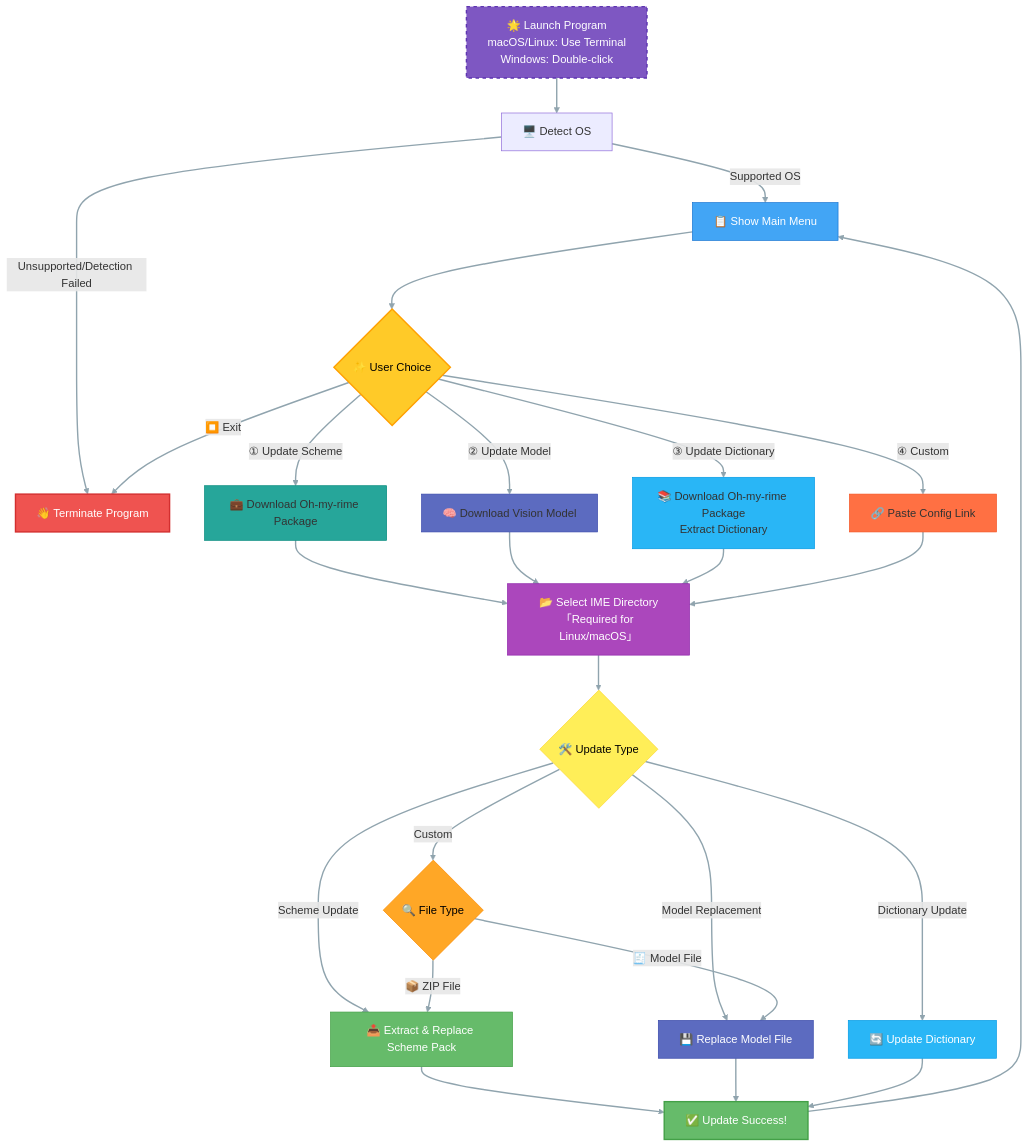
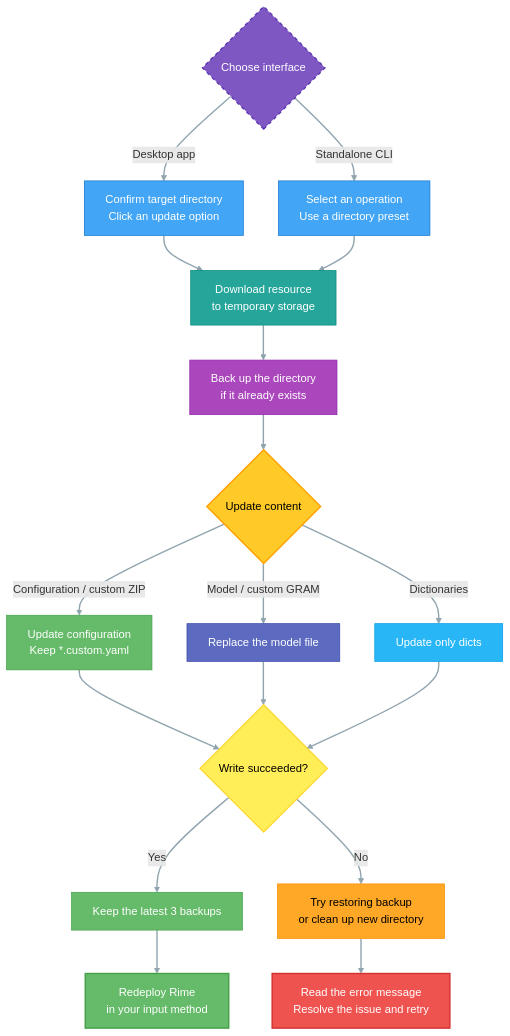
One commit to Mintimate/DocVitePressOMR changed the diagram in en/guide/importMint.md. Above: the diagram before and after it, drawn with Mermaid. The commit also changed other lines of this file and 3 other files, not shown here.

````diff
--- a/en/guide/importMint.md
+++ b/en/guide/importMint.md
@@ -167,50 +228,35 @@
 ```mermaid
 flowchart TD
-    A[🌟 Launch Program <br/> macOS/Linux: Use Terminal<br/>Windows: Double-click] --> B[🖥️ Detect OS]
-    B --Supported OS--> C[📋 Show Main Menu]
-    B --Unsupported/Detection Failed--> I
-    
-    C --> D{"✨ User Choice"}
-    D -->|① Update Scheme| E[💼 Download Oh-my-rime Package]
-    D -->|② Update Model| F[🧠 Download Vision Model]
-    D -->|③ Update Dictionary| G[📚 Download Oh-my-rime Package<br/>Extract Dictionary]
-    D -->|④ Custom| H[🔗 Paste Config Link]
-    D -->|⏹️ Exit| I[👋 Terminate Program]
-    
-    E --> J[📂 Select IME Directory<br/>「Required for Linux/macOS」]
-    F --> J
-    G --> J
+    A{"Choose interface"} -->|Desktop app| B["Confirm target directory<br/>Click an update option"]
+    A -->|Standalone CLI| C["Select an operation<br/>Use a directory preset"]
+    B --> D["Download resource<br/>to temporary storage"]
+    C --> D
+    D --> E["Back up the directory<br/>if it already exists"]
+    E --> F{"Update content"}
+    F -->|Configuration / custom ZIP| G["Update configuration<br/>Keep *.custom.yaml"]
+    F -->|Model / custom GRAM| H["Replace the model file"]
+    F -->|Dictionaries| I["Update only dicts"]
+    G --> J{"Write succeeded?"}
     H --> J
-    
-    J --> K{🛠️ Update Type}
-    K -->|Scheme Update| L[📤 Extract & Replace Scheme Pack]
-    K -->|Model Replacement| M[💾 Replace Model File]
-    K -->|Dictionary Update| N[🔄 Update Dictionary]
-    K -->|Custom| O{🔍 File Type}
-    
-    O -->|📦 ZIP File| L
-    O -->|🧾 Model File| M
-    
-    L --> P[✅ Update Success!]
-    M --> P
-    N --> P
-    
-    P --> C
+    I --> J
+    J -->|Yes| K["Keep the latest 3 backups"]
+    K --> L["Redeploy Rime<br/>in your input method"]
+    J -->|No| M["Try restoring backup<br/>or clean up new directory"]
+    M --> N["Read the error message<br/>Resolve the issue and retry"]
 
     style A fill:#7E57C2,stroke:#5E35B1,color:white,stroke-width:2px,stroke-dasharray:5
-    style I fill:#EF5350,stroke:#D32F2F,color:white,stroke-width:2px
+    style B fill:#42A5F5,stroke:#1976D2,color:white
     style C fill:#42A5F5,stroke:#1976D2,color:white
-    style D fill:#FFCA28,stroke:#FFA000,color:black,stroke-width:2px
-    style E fill:#26A69A,stroke:#00897B
-    style F fill:#5C6BC0,stroke:#3949AB
-    style G fill:#29B6F6,stroke:#039BE5
-    style H fill:#FF7043,stroke:#F4511E
-    style J fill:#AB47BC,stroke:#8E24AA,color:white
-    style K fill:#FFEE58,stroke:#FDD835,color:black
-    style L fill:#66BB6A,stroke:#43A047,color:white
-    style M fill:#5C6BC0,stroke:#3949AB,color:white
-    style N fill:#29B6F6,stroke:#039BE5,color:white
-    style O fill:#FFA726,stroke:#FB8C00,color:black
-    style P fill:#66BB6A,stroke:#43A047,color:white,stroke-width:2px
+    style D fill:#26A69A,stroke:#00897B,color:white
+    style E fill:#AB47BC,stroke:#8E24AA,color:white
+    style F fill:#FFCA28,stroke:#FFA000,color:black,stroke-width:2px
+    style G fill:#66BB6A,stroke:#43A047,color:white
+    style H fill:#5C6BC0,stroke:#3949AB,color:white
+    style I fill:#29B6F6,stroke:#039BE5,color:white
+    style J fill:#FFEE58,stroke:#FDD835,color:black,stroke-width:2px
+    style K fill:#66BB6A,stroke:#43A047,color:white
+    style L fill:#66BB6A,stroke:#43A047,color:white,stroke-width:2px
+    style M fill:#FFA726,stroke:#FB8C00,color:black
+    style N fill:#EF5350,stroke:#D32F2F,color:white,stroke-width:2px
     linkStyle default stroke:#90A4AE,stroke-width:2px
 ```
````
